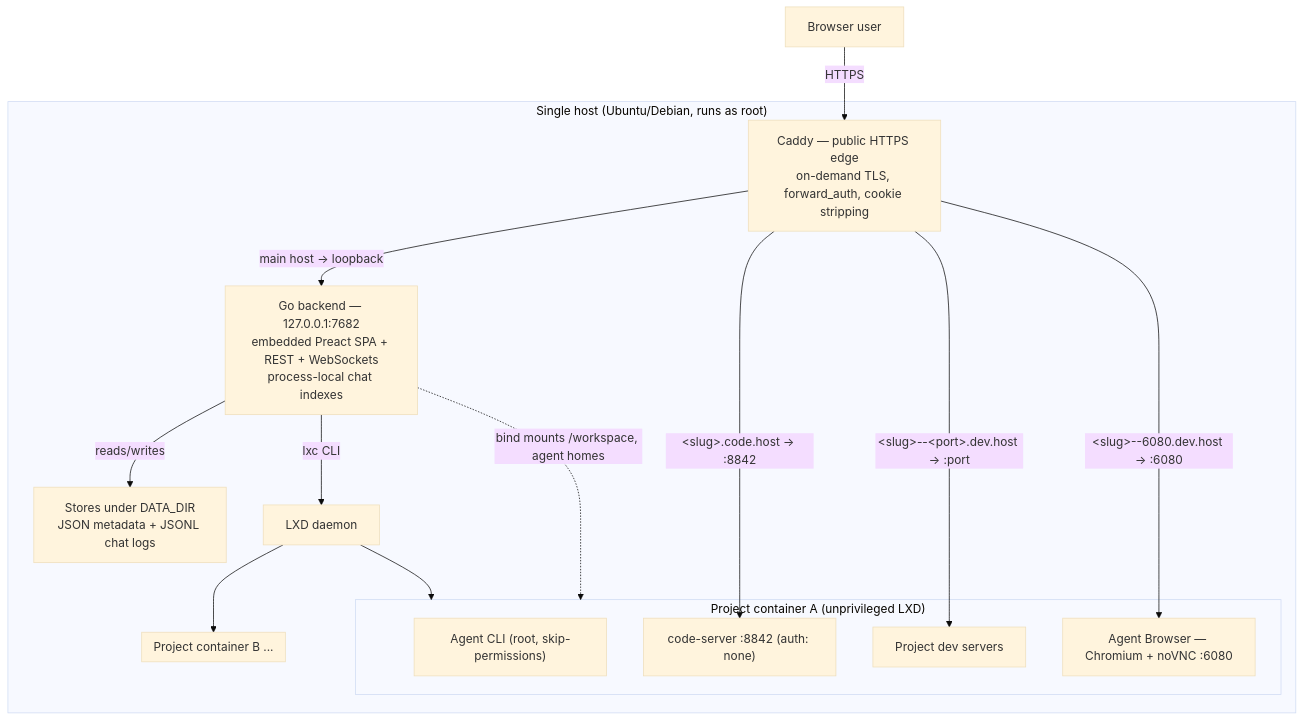
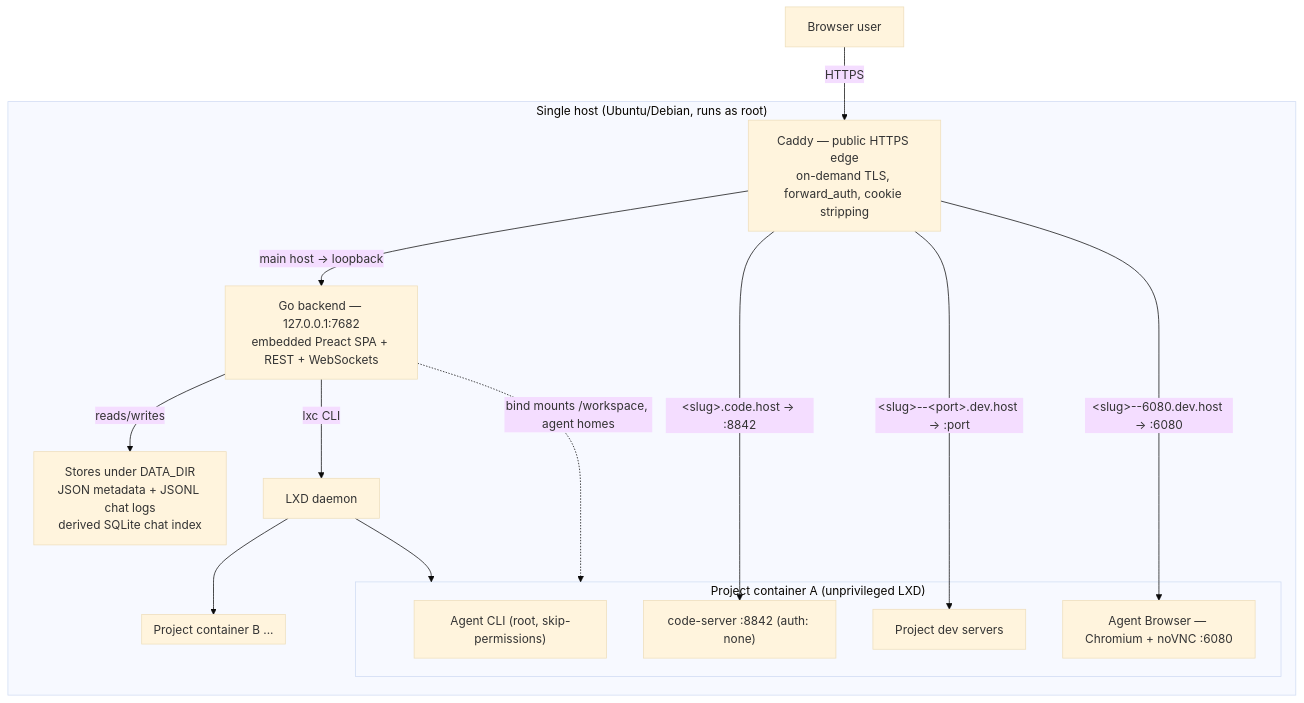
The first of 2 diagrams in ARCHITECTURE.md (AbdallahMohamedDotnet/remote.futrx), drawn with Mermaid (base theme) before and after one commit. The commit also changed other lines of this file and 15 other files, not shown here.

Commit message:
perf(chat): persist transcript index with sqlite

````diff
--- a/ARCHITECTURE.md
+++ b/ARCHITECTURE.md
@@ -18,31 +18,31 @@
 ```mermaid
 flowchart TB
     User["Browser user"]
 
     subgraph Host["Single host (Ubuntu/Debian, runs as root)"]
         Caddy["Caddy — public HTTPS edge<br/>on-demand TLS, forward_auth, cookie stripping"]
-        Go["Go backend — 127.0.0.1:7682<br/>embedded Preact SPA + REST + WebSockets<br/>process-local chat indexes"]
-        Stores["Stores under DATA_DIR<br/>JSON metadata + JSONL chat logs"]
+        Go["Go backend — 127.0.0.1:7682<br/>embedded Preact SPA + REST + WebSockets"]
+        Stores["Stores under DATA_DIR<br/>JSON metadata + JSONL chat logs<br/>derived SQLite chat index"]
         LXD["LXD daemon"]
 
         subgraph C1["Project container A (unprivileged LXD)"]
             AgentA["Agent CLI (root, skip-permissions)"]
             IDEA["code-server :8842 (auth: none)"]
             AppA["Project dev servers"]
             BrowA["Agent Browser — Chromium + noVNC :6080"]
         end
         subgraph C2["Project container B ..."]
         end
     end
 
     User -->|HTTPS| Caddy
     Caddy -->|"main host → loopback"| Go
     Caddy -->|"&lt;slug&gt;.code.host → :8842"| IDEA
     Caddy -->|"&lt;slug&gt;--&lt;port&gt;.dev.host → :port"| AppA
     Caddy -->|"&lt;slug&gt;--6080.dev.host → :6080"| BrowA
     Go -->|reads/writes| Stores
     Go -->|lxc CLI| LXD
     LXD --> C1
     LXD --> C2
     Go -.->|"bind mounts /workspace, agent homes"| C1
 ```
````
